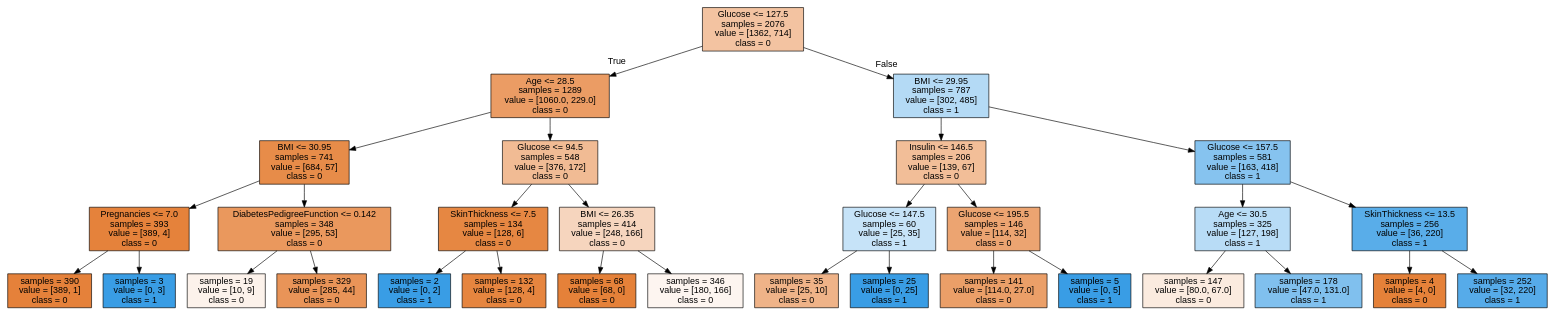
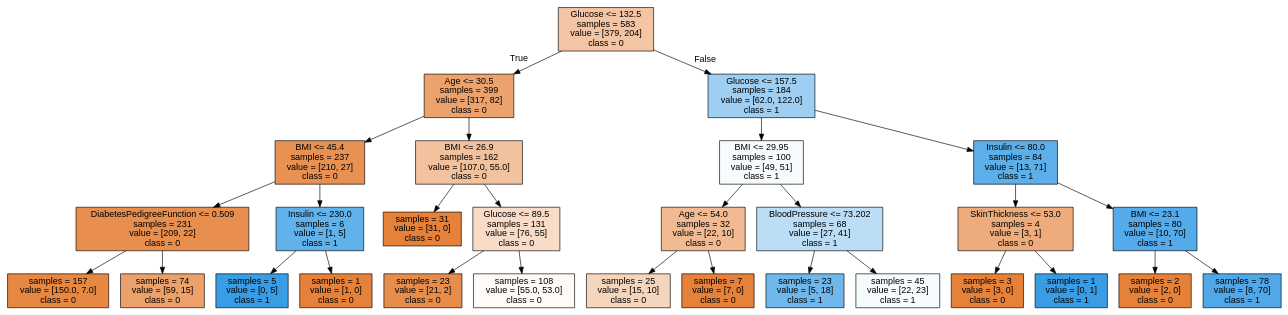
The diagram in diabetes_tree.dot (rakaputra12/Data_Exploration_Diabetes), drawn with Graphviz before and after one commit. The commit also changed 55872 other files, not shown here.

```diff
--- a/diabetes_tree.dot
+++ b/diabetes_tree.dot
@@ -1,65 +1,61 @@
 digraph Tree {
 node [shape=box, style="filled", color="black", fontname="helvetica"] ;
 edge [fontname="helvetica"] ;
-0 [label="Glucose <= 127.5\nsamples = 2076\nvalue = [1362, 714]\nclass = 0", fillcolor="#f3c3a1"] ;
-1 [label="Age <= 28.5\nsamples = 1289\nvalue = [1060.0, 229.0]\nclass = 0", fillcolor="#eb9c64"] ;
+0 [label="Glucose <= 132.5\nsamples = 583\nvalue = [379, 204]\nclass = 0", fillcolor="#f3c5a4"] ;
+1 [label="Age <= 30.5\nsamples = 399\nvalue = [317, 82]\nclass = 0", fillcolor="#eca26c"] ;
 0 -> 1 [labeldistance=2.5, labelangle=45, headlabel="True"] ;
-2 [label="BMI <= 30.95\nsamples = 741\nvalue = [684, 57]\nclass = 0", fillcolor="#e78c49"] ;
+2 [label="BMI <= 45.4\nsamples = 237\nvalue = [210, 27]\nclass = 0", fillcolor="#e89152"] ;
 1 -> 2 ;
-3 [label="Pregnancies <= 7.0\nsamples = 393\nvalue = [389, 4]\nclass = 0", fillcolor="#e5823b"] ;
+3 [label="DiabetesPedigreeFunction <= 0.509\nsamples = 231\nvalue = [209, 22]\nclass = 0", fillcolor="#e88e4e"] ;
 2 -> 3 ;
-4 [label="samples = 390\nvalue = [389, 1]\nclass = 0", fillcolor="#e5813a"] ;
+4 [label="samples = 157\nvalue = [150.0, 7.0]\nclass = 0", fillcolor="#e68742"] ;
 3 -> 4 ;
-5 [label="samples = 3\nvalue = [0, 3]\nclass = 1", fillcolor="#399de5"] ;
+5 [label="samples = 74\nvalue = [59, 15]\nclass = 0", fillcolor="#eca16b"] ;
 3 -> 5 ;
-6 [label="DiabetesPedigreeFunction <= 0.142\nsamples = 348\nvalue = [295, 53]\nclass = 0", fillcolor="#ea985d"] ;
+6 [label="Insulin <= 230.0\nsamples = 6\nvalue = [1, 5]\nclass = 1", fillcolor="#61b1ea"] ;
 2 -> 6 ;
-7 [label="samples = 19\nvalue = [10, 9]\nclass = 0", fillcolor="#fcf2eb"] ;
+7 [label="samples = 5\nvalue = [0, 5]\nclass = 1", fillcolor="#399de5"] ;
 6 -> 7 ;
-8 [label="samples = 329\nvalue = [285, 44]\nclass = 0", fillcolor="#e99458"] ;
+8 [label="samples = 1\nvalue = [1, 0]\nclass = 0", fillcolor="#e58139"] ;
 6 -> 8 ;
-9 [label="Glucose <= 94.5\nsamples = 548\nvalue = [376, 172]\nclass = 0", fillcolor="#f1bb94"] ;
+9 [label="BMI <= 26.9\nsamples = 162\nvalue = [107.0, 55.0]\nclass = 0", fillcolor="#f2c29f"] ;
 1 -> 9 ;
-10 [label="SkinThickness <= 7.5\nsamples = 134\nvalue = [128, 6]\nclass = 0", fillcolor="#e68742"] ;
+10 [label="samples = 31\nvalue = [31, 0]\nclass = 0", fillcolor="#e58139"] ;
 9 -> 10 ;
-11 [label="samples = 2\nvalue = [0, 2]\nclass = 1", fillcolor="#399de5"] ;
-10 -> 11 ;
-12 [label="samples = 132\nvalue = [128, 4]\nclass = 0", fillcolor="#e6853f"] ;
-10 -> 12 ;
-13 [label="BMI <= 26.35\nsamples = 414\nvalue = [248, 166]\nclass = 0", fillcolor="#f6d5be"] ;
-9 -> 13 ;
-14 [label="samples = 68\nvalue = [68, 0]\nclass = 0", fillcolor="#e58139"] ;
-13 -> 14 ;
-15 [label="samples = 346\nvalue = [180, 166]\nclass = 0", fillcolor="#fdf5f0"] ;
-13 -> 15 ;
-16 [label="BMI <= 29.95\nsamples = 787\nvalue = [302, 485]\nclass = 1", fillcolor="#b4daf5"] ;
-0 -> 16 [labeldistance=2.5, labelangle=-45, headlabel="False"] ;
-17 [label="Insulin <= 146.5\nsamples = 206\nvalue = [139, 67]\nclass = 0", fillcolor="#f2be98"] ;
+11 [label="Glucose <= 89.5\nsamples = 131\nvalue = [76, 55]\nclass = 0", fillcolor="#f8dcc8"] ;
+9 -> 11 ;
+12 [label="samples = 23\nvalue = [21, 2]\nclass = 0", fillcolor="#e78d4c"] ;
+11 -> 12 ;
+13 [label="samples = 108\nvalue = [55.0, 53.0]\nclass = 0", fillcolor="#fefaf8"] ;
+11 -> 13 ;
+14 [label="Glucose <= 157.5\nsamples = 184\nvalue = [62.0, 122.0]\nclass = 1", fillcolor="#9ecff2"] ;
+0 -> 14 [labeldistance=2.5, labelangle=-45, headlabel="False"] ;
+15 [label="BMI <= 29.95\nsamples = 100\nvalue = [49, 51]\nclass = 1", fillcolor="#f7fbfe"] ;
+14 -> 15 ;
+16 [label="Age <= 54.0\nsamples = 32\nvalue = [22, 10]\nclass = 0", fillcolor="#f1ba93"] ;
+15 -> 16 ;
+17 [label="samples = 25\nvalue = [15, 10]\nclass = 0", fillcolor="#f6d5bd"] ;
 16 -> 17 ;
-18 [label="Glucose <= 147.5\nsamples = 60\nvalue = [25, 35]\nclass = 1", fillcolor="#c6e3f8"] ;
-17 -> 18 ;
-19 [label="samples = 35\nvalue = [25, 10]\nclass = 0", fillcolor="#efb388"] ;
-18 -> 19 ;
-20 [label="samples = 25\nvalue = [0, 25]\nclass = 1", fillcolor="#399de5"] ;
-18 -> 20 ;
-21 [label="Glucose <= 195.5\nsamples = 146\nvalue = [114, 32]\nclass = 0", fillcolor="#eca471"] ;
-17 -> 21 ;
-22 [label="samples = 141\nvalue = [114.0, 27.0]\nclass = 0", fillcolor="#eb9f68"] ;
-21 -> 22 ;
-23 [label="samples = 5\nvalue = [0, 5]\nclass = 1", fillcolor="#399de5"] ;
-21 -> 23 ;
-24 [label="Glucose <= 157.5\nsamples = 581\nvalue = [163, 418]\nclass = 1", fillcolor="#86c3ef"] ;
-16 -> 24 ;
-25 [label="Age <= 30.5\nsamples = 325\nvalue = [127, 198]\nclass = 1", fillcolor="#b8dcf6"] ;
-24 -> 25 ;
-26 [label="samples = 147\nvalue = [80.0, 67.0]\nclass = 0", fillcolor="#fbebdf"] ;
-25 -> 26 ;
-27 [label="samples = 178\nvalue = [47.0, 131.0]\nclass = 1", fillcolor="#80c0ee"] ;
-25 -> 27 ;
-28 [label="SkinThickness <= 13.5\nsamples = 256\nvalue = [36, 220]\nclass = 1", fillcolor="#59ade9"] ;
-24 -> 28 ;
-29 [label="samples = 4\nvalue = [4, 0]\nclass = 0", fillcolor="#e58139"] ;
-28 -> 29 ;
-30 [label="samples = 252\nvalue = [32, 220]\nclass = 1", fillcolor="#56abe9"] ;
-28 -> 30 ;
+18 [label="samples = 7\nvalue = [7, 0]\nclass = 0", fillcolor="#e58139"] ;
+16 -> 18 ;
+19 [label="BloodPressure <= 73.202\nsamples = 68\nvalue = [27, 41]\nclass = 1", fillcolor="#bbdef6"] ;
+15 -> 19 ;
+20 [label="samples = 23\nvalue = [5, 18]\nclass = 1", fillcolor="#70b8ec"] ;
+19 -> 20 ;
+21 [label="samples = 45\nvalue = [22, 23]\nclass = 1", fillcolor="#f6fbfe"] ;
+19 -> 21 ;
+22 [label="Insulin <= 80.0\nsamples = 84\nvalue = [13, 71]\nclass = 1", fillcolor="#5dafea"] ;
+14 -> 22 ;
+23 [label="SkinThickness <= 53.0\nsamples = 4\nvalue = [3, 1]\nclass = 0", fillcolor="#eeab7b"] ;
+22 -> 23 ;
+24 [label="samples = 3\nvalue = [3, 0]\nclass = 0", fillcolor="#e58139"] ;
+23 -> 24 ;
+25 [label="samples = 1\nvalue = [0, 1]\nclass = 1", fillcolor="#399de5"] ;
+23 -> 25 ;
+26 [label="BMI <= 23.1\nsamples = 80\nvalue = [10, 70]\nclass = 1", fillcolor="#55abe9"] ;
+22 -> 26 ;
+27 [label="samples = 2\nvalue = [2, 0]\nclass = 0", fillcolor="#e58139"] ;
+26 -> 27 ;
+28 [label="samples = 78\nvalue = [8, 70]\nclass = 1", fillcolor="#50a8e8"] ;
+26 -> 28 ;
 }
```
